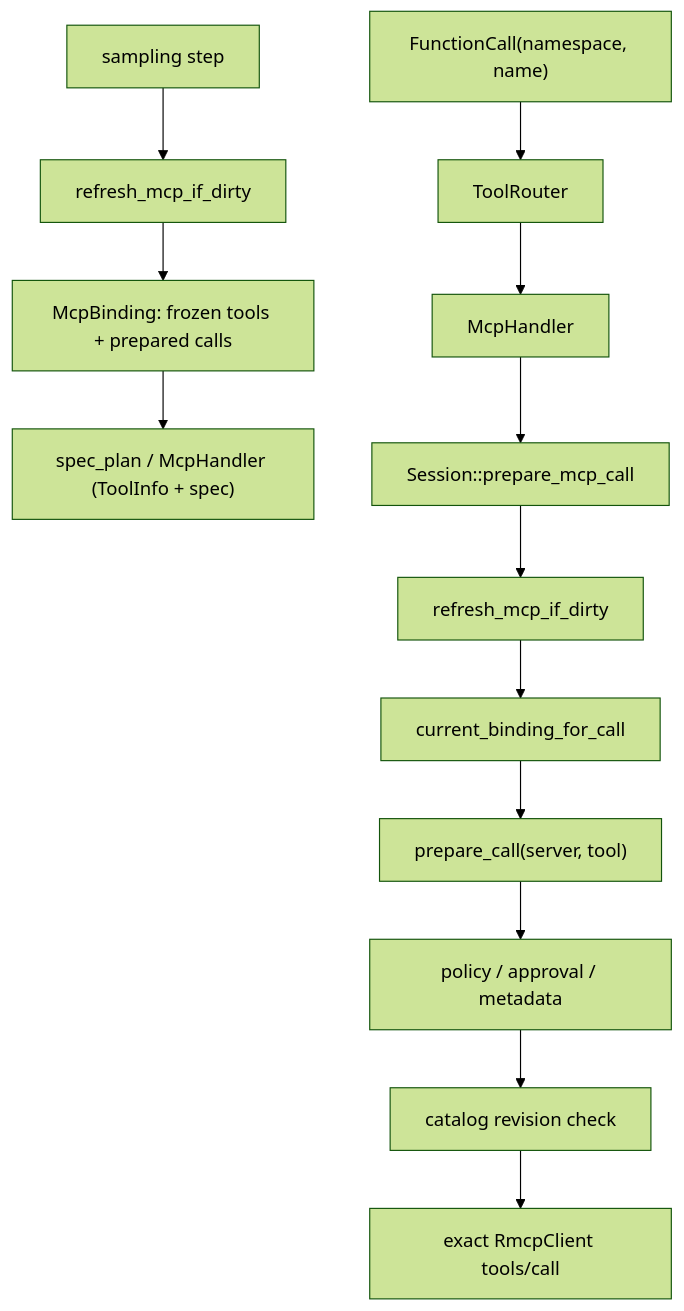
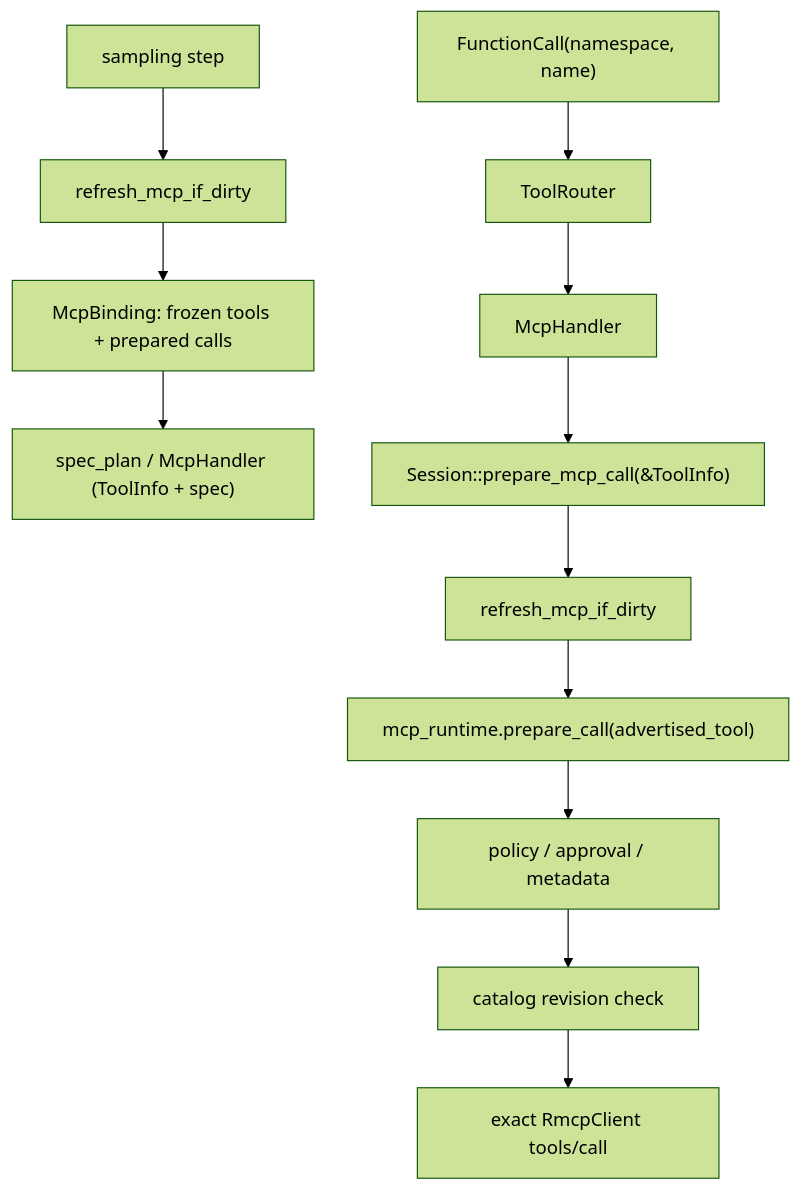
Before and after one commit to wdnmdtonyma/SOTA-Agent-LLM-Wiki: the diagram in docs/llm-wiki/codex/spine/trace-mcp-call.md, drawn with Mermaid (forest theme). The commit also changed other lines of this file and 199 other files, not shown here.

````diff
--- a/docs/llm-wiki/codex/spine/trace-mcp-call.md
+++ b/docs/llm-wiki/codex/spine/trace-mcp-call.md
@@ -18,15 +18,14 @@
 ```mermaid
 flowchart TD
     STEP["sampling step"] --> REFRESH["refresh_mcp_if_dirty"]
     REFRESH --> BINDING["McpBinding: frozen tools + prepared calls"]
     BINDING --> PLAN["spec_plan / McpHandler (ToolInfo + spec)"]
     MODEL["FunctionCall(namespace, name)"] --> ROUTER["ToolRouter"]
     ROUTER --> HANDLER["McpHandler"]
-    HANDLER --> PREP["Session::prepare_mcp_call"]
+    HANDLER --> PREP["Session::prepare_mcp_call(&ToolInfo)"]
     PREP --> REFRESH2["refresh_mcp_if_dirty"]
-    REFRESH2 --> CURRENT["current_binding_for_call"]
-    CURRENT --> PREPARED["prepare_call(server, tool)"]
+    REFRESH2 --> PREPARED["mcp_runtime.prepare_call(advertised_tool)"]
     PREPARED --> APPROVAL["policy / approval / metadata"]
     APPROVAL --> REVISION["catalog revision check"]
     REVISION --> RMCP["exact RmcpClient tools/call"]
 ```
````
